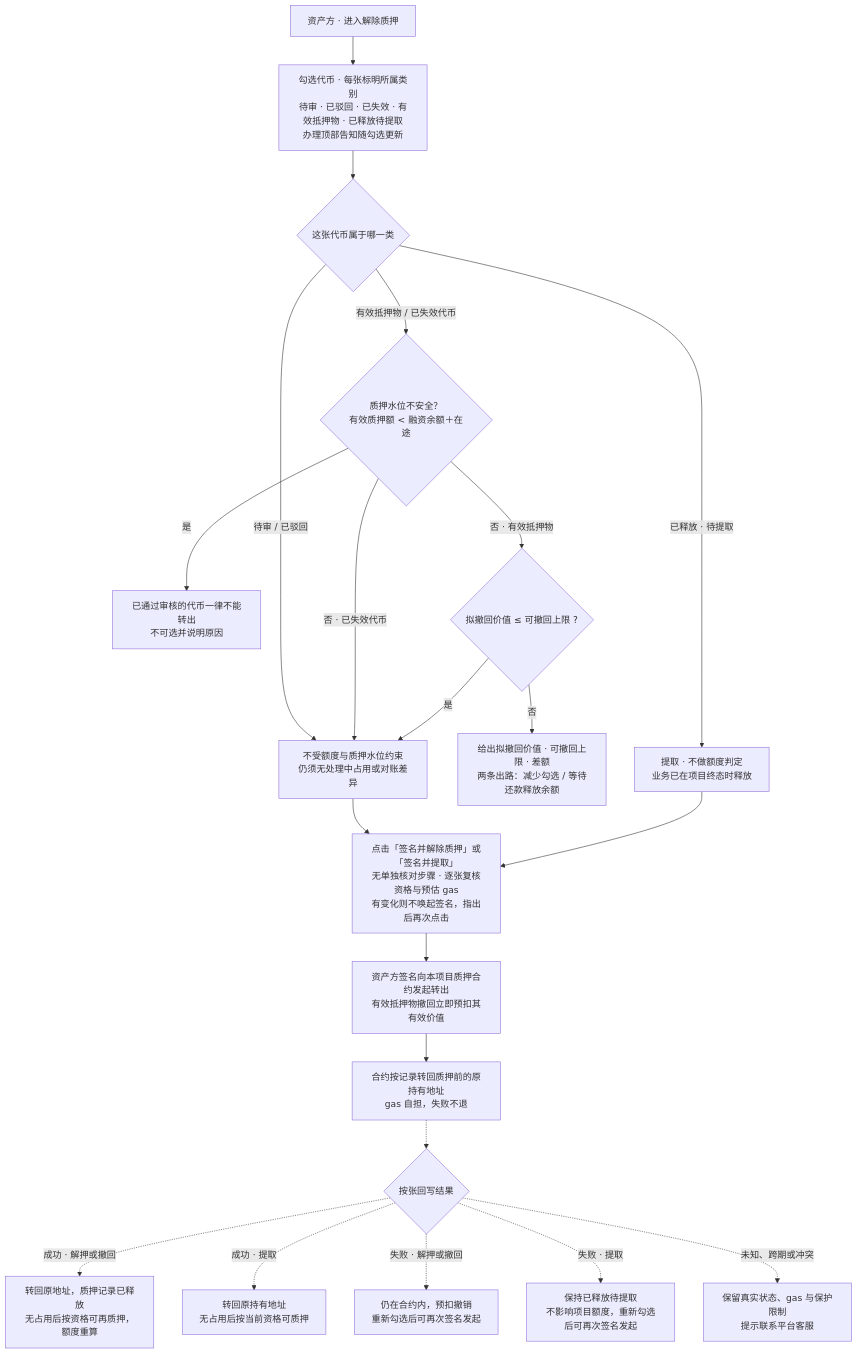
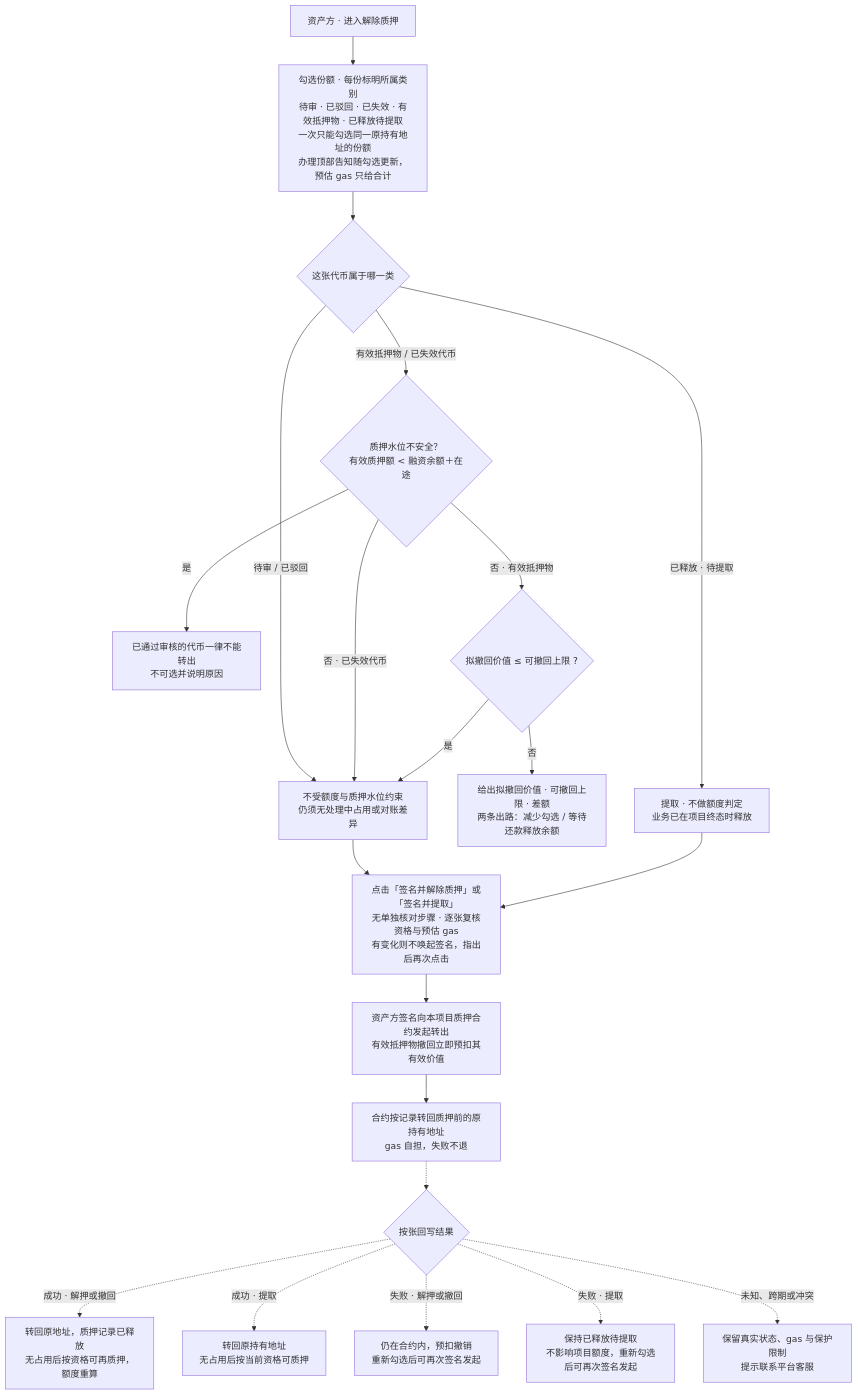
The third of 10 diagrams in lending-platform/PRD/面客端/05-借贷广场-融资需求与代币质押/02-融资需求与代币质押-流程图与状态机.md (wxblockchain/Chain-Financing), drawn with Mermaid before and after one commit. The commit also changed 4 other files, not shown here.

````diff
--- a/lending-platform/PRD/面客端/05-借贷广场-融资需求与代币质押/02-融资需求与代币质押-流程图与状态机.md
+++ b/lending-platform/PRD/面客端/05-借贷广场-融资需求与代币质押/02-融资需求与代币质押-流程图与状态机.md
@@ -88,23 +88,23 @@
 ```mermaid
 flowchart TD
-  A["资产方 · 进入解除质押"] --> B["勾选代币 · 每张标明所属类别<br/>待审 · 已驳回 · 已失效 · 有效抵押物 · 已释放待提取<br/>办理顶部告知随勾选更新"]
+  A["资产方 · 进入解除质押"] --> B["勾选份额 · 每份标明所属类别<br/>待审 · 已驳回 · 已失效 · 有效抵押物 · 已释放待提取<br/>一次只能勾选同一原持有地址的份额<br/>办理顶部告知随勾选更新，预估 gas 只给合计"]
   B --> C{"这张代币属于哪一类"}
   C -- "待审 / 已驳回" --> D["不受额度与质押水位约束<br/>仍须无处理中占用或对账差异"]
   C -- "有效抵押物 / 已失效代币" --> W{"质押水位不安全？<br/>有效质押额 < 融资余额＋在途"}
   W -- "是" --> X["已通过审核的代币一律不能转出<br/>不可选并说明原因"]
   W -- "否 · 已失效代币" --> D
   W -- "否 · 有效抵押物" --> E{"拟撤回价值 ≤ 可撤回上限 ?"}
   E -- "否" --> F["给出拟撤回价值 · 可撤回上限 · 差额<br/>两条出路：减少勾选 / 等待还款释放余额"]
   E -- "是" --> D
   C -- "已释放 · 待提取" --> G["提取 · 不做额度判定<br/>业务已在项目终态时释放"]
   D --> CONF["点击「签名并解除质押」或「签名并提取」<br/>无单独核对步骤 · 逐张复核资格与预估 gas<br/>有变化则不唤起签名，指出后再次点击"]
   G --> CONF
   CONF --> H["资产方签名向本项目质押合约发起转出<br/>有效抵押物撤回立即预扣其有效价值"]
   H --> I["合约按记录转回质押前的原持有地址<br/>gas 自担，失败不退"]
   I -.-> J{"按张回写结果"}
   J -. "成功 · 解押或撤回" .-> K["转回原地址，质押记录已释放<br/>无占用后按资格可再质押，额度重算"]
   J -. "成功 · 提取" .-> L["转回原持有地址<br/>无占用后按当前资格可质押"]
   J -. "失败 · 解押或撤回" .-> M["仍在合约内，预扣撤销<br/>重新勾选后可再次签名发起"]
   J -. "失败 · 提取" .-> N["保持已释放待提取<br/>不影响项目额度，重新勾选后可再次签名发起"]
   J -. "未知、跨期或冲突" .-> O["保留真实状态、gas 与保护限制<br/>提示联系平台客服"]
 ```
````
